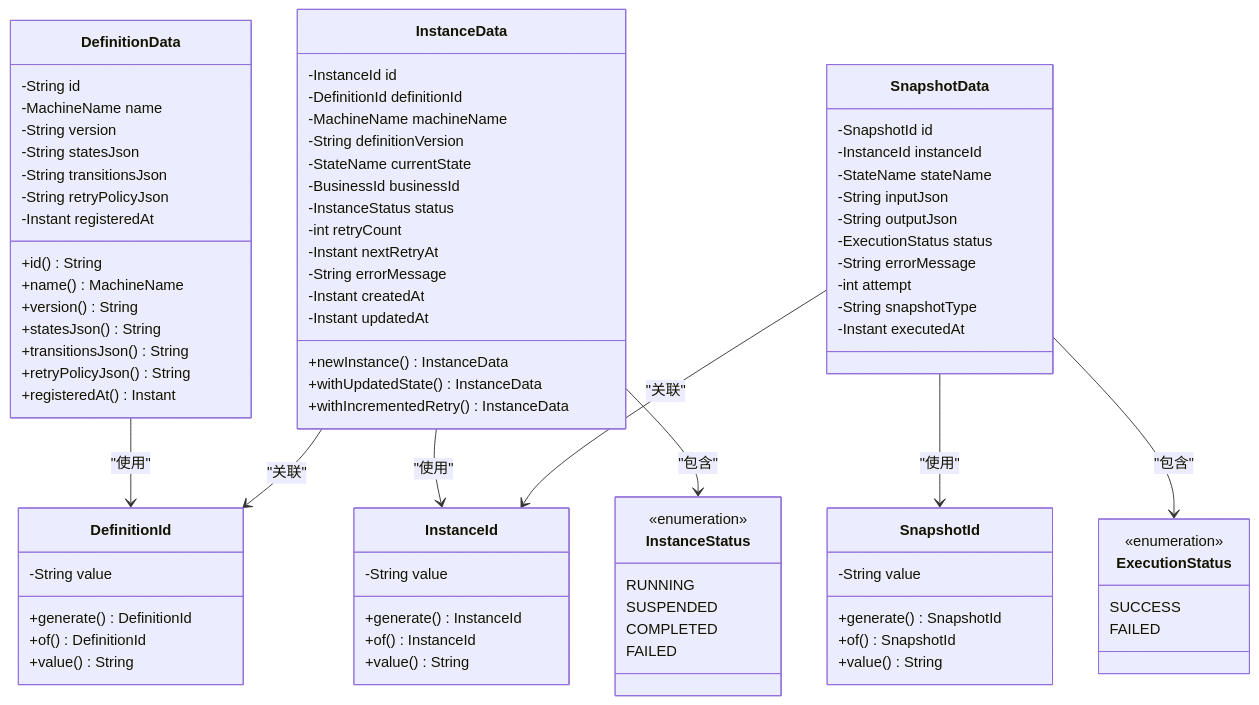
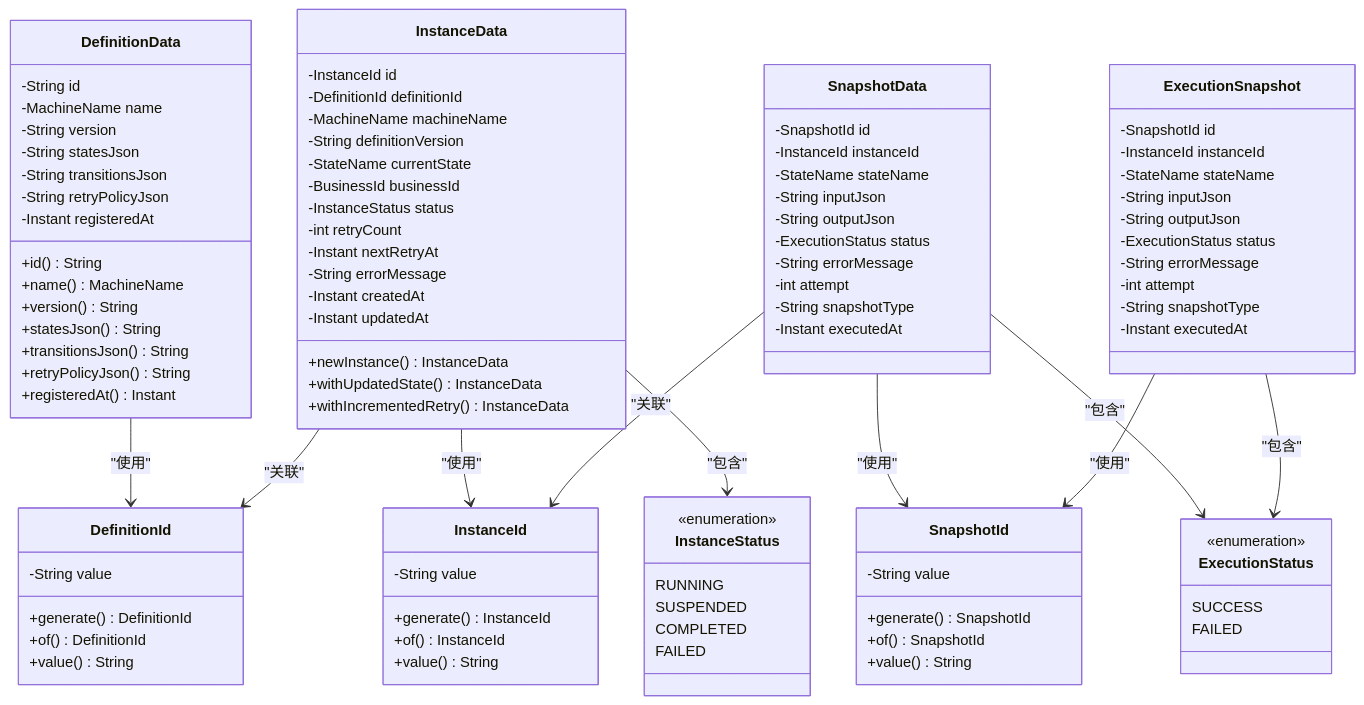
One commit to xiaoche80s-tech/state-machine-parent changed the third of 12 diagrams in .qoder/repowiki/zh/content/持久化层/数据库Schema设计.md. Above: the diagram before and after it, drawn with Mermaid. The commit also changed other lines of this file and 17 other files, not shown here.

````diff
--- a/.qoder/repowiki/zh/content/持久化层/数据库Schema设计.md
+++ b/.qoder/repowiki/zh/content/持久化层/数据库Schema设计.md
@@ -226,6 +230,18 @@
 -String snapshotType
 -Instant executedAt
 }
+class ExecutionSnapshot {
+-SnapshotId id
+-InstanceId instanceId
+-StateName stateName
+-String inputJson
+-String outputJson
+-ExecutionStatus status
+-String errorMessage
+-int attempt
+-String snapshotType
+-Instant executedAt
+}
 class DefinitionId {
 -String value
 +generate() DefinitionId
@@ -261,6 +277,8 @@
 InstanceData --> InstanceId : "使用"
 SnapshotData --> InstanceId : "关联"
 SnapshotData --> SnapshotId : "使用"
+ExecutionSnapshot --> SnapshotId : "使用"
 InstanceData --> InstanceStatus : "包含"
 SnapshotData --> ExecutionStatus : "包含"
+ExecutionSnapshot --> ExecutionStatus : "包含"
 ```
````
